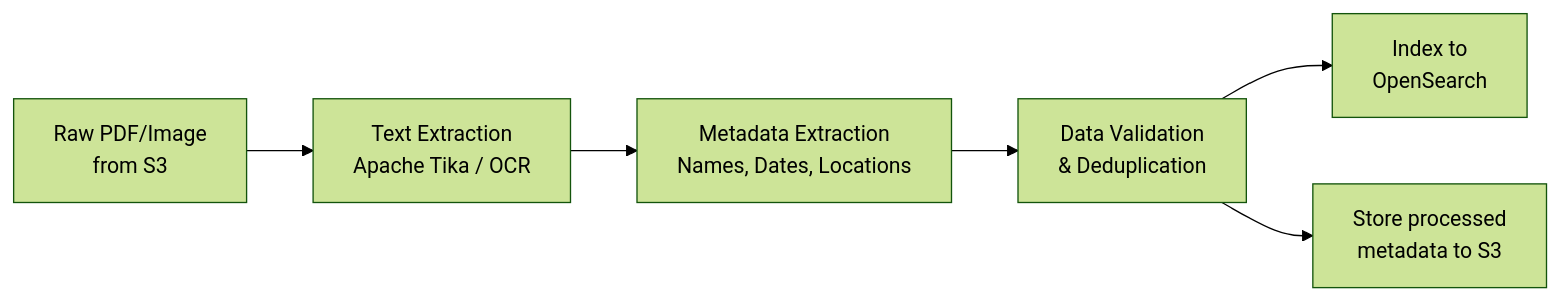
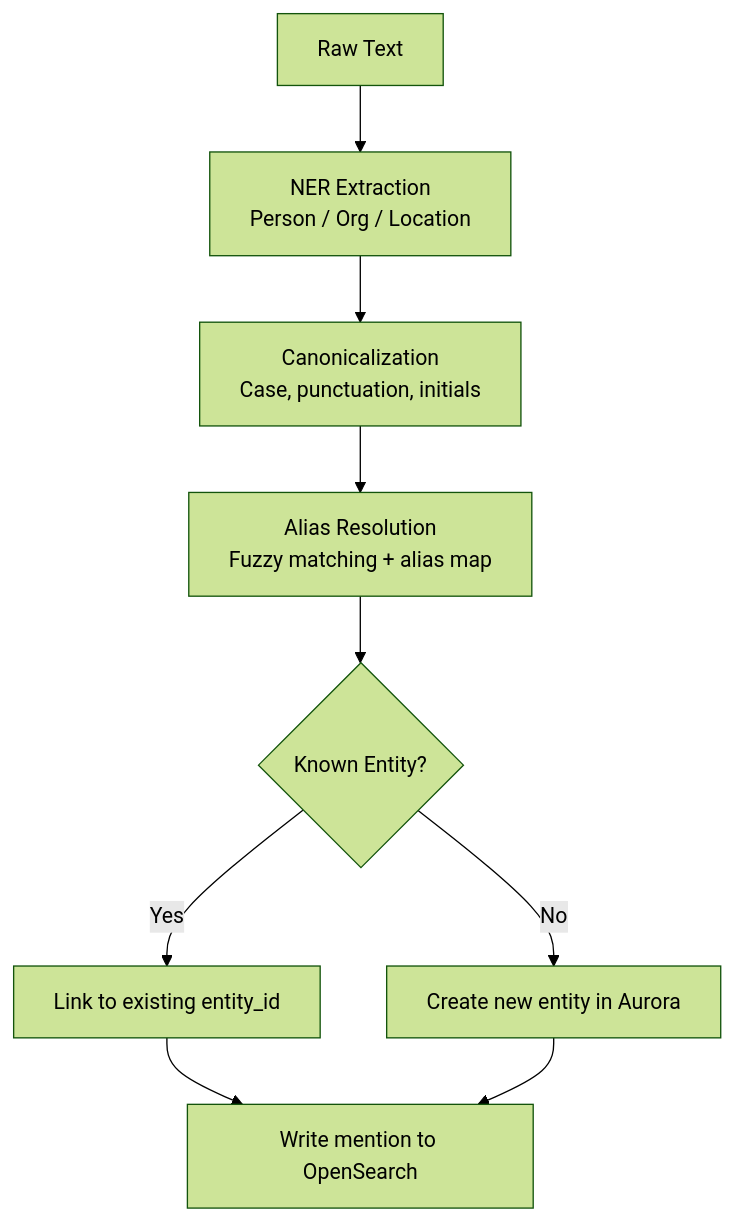
The seventh of 15 diagrams in docs/architecture.md (gepstein23/EpsteinBrowser), drawn with Mermaid (forest theme) before and after one commit. The commit also changed other lines of this file and 1 other file, not shown here.

First line of the commit message:
Authored by Genevieve's Intern, Claude: Rewrite architecture with evented pipeline design

````diff
--- a/docs/architecture.md
+++ b/docs/architecture.md
@@ -103,8 +458,11 @@
 ```mermaid
-flowchart LR
-    A[Raw PDF/Image<br/>from S3] --> B[Text Extraction<br/>Apache Tika / OCR]
-    B --> C[Metadata Extraction<br/>Names, Dates, Locations]
-    C --> D[Data Validation<br/>& Deduplication]
-    D --> E[Index to<br/>OpenSearch]
-    D --> F[Store processed<br/>metadata to S3]
+flowchart TD
+    A[Raw Text] --> B[NER Extraction<br/>Person / Org / Location]
+    B --> C[Canonicalization<br/>Case, punctuation, initials]
+    C --> D[Alias Resolution<br/>Fuzzy matching + alias map]
+    D --> E{Known Entity?}
+    E -->|Yes| F[Link to existing entity_id]
+    E -->|No| G[Create new entity in Aurora]
+    F --> H[Write mention to OpenSearch]
+    G --> H
 ```
````
